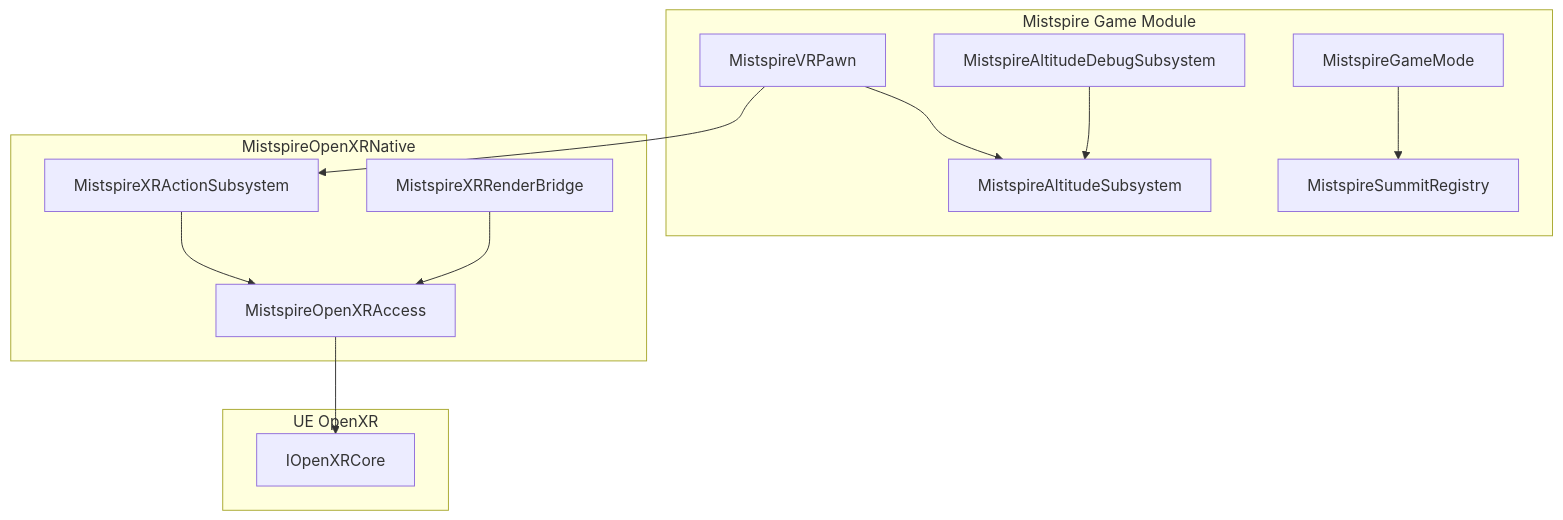
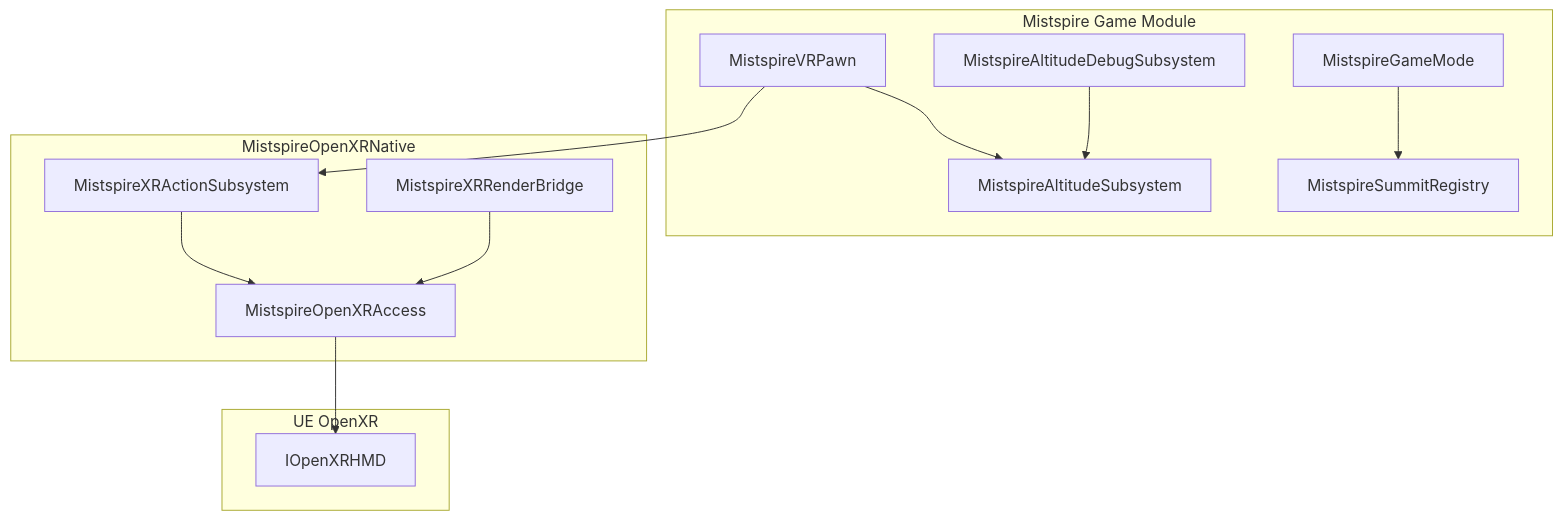
The diagram in docs/ARCHITECTURE.md (Team-Deepiri/deepiri-mistspire), drawn with Mermaid before and after one commit. The commit also changed 183 other files, not shown here.

````diff
--- a/docs/ARCHITECTURE.md
+++ b/docs/ARCHITECTURE.md
@@ -5,24 +5,24 @@
 ```mermaid
 flowchart TB
   subgraph game [Mistspire Game Module]
     GM[MistspireGameMode]
     Pawn[MistspireVRPawn]
     Alt[MistspireAltitudeSubsystem]
     Sum[MistspireSummitRegistry]
     Dbg[MistspireAltitudeDebugSubsystem]
   end
   subgraph xr [MistspireOpenXRNative]
     Acc[MistspireOpenXRAccess]
     Act[MistspireXRActionSubsystem]
     Rnd[MistspireXRRenderBridge]
   end
   subgraph ue [UE OpenXR]
-    Core[IOpenXRCore]
+    HMD[IOpenXRHMD]
   end
   Pawn --> Alt
   Pawn --> Act
   GM --> Sum
   Dbg --> Alt
-  Act --> Acc --> Core
+  Act --> Acc --> HMD
   Rnd --> Acc
 ```
````
